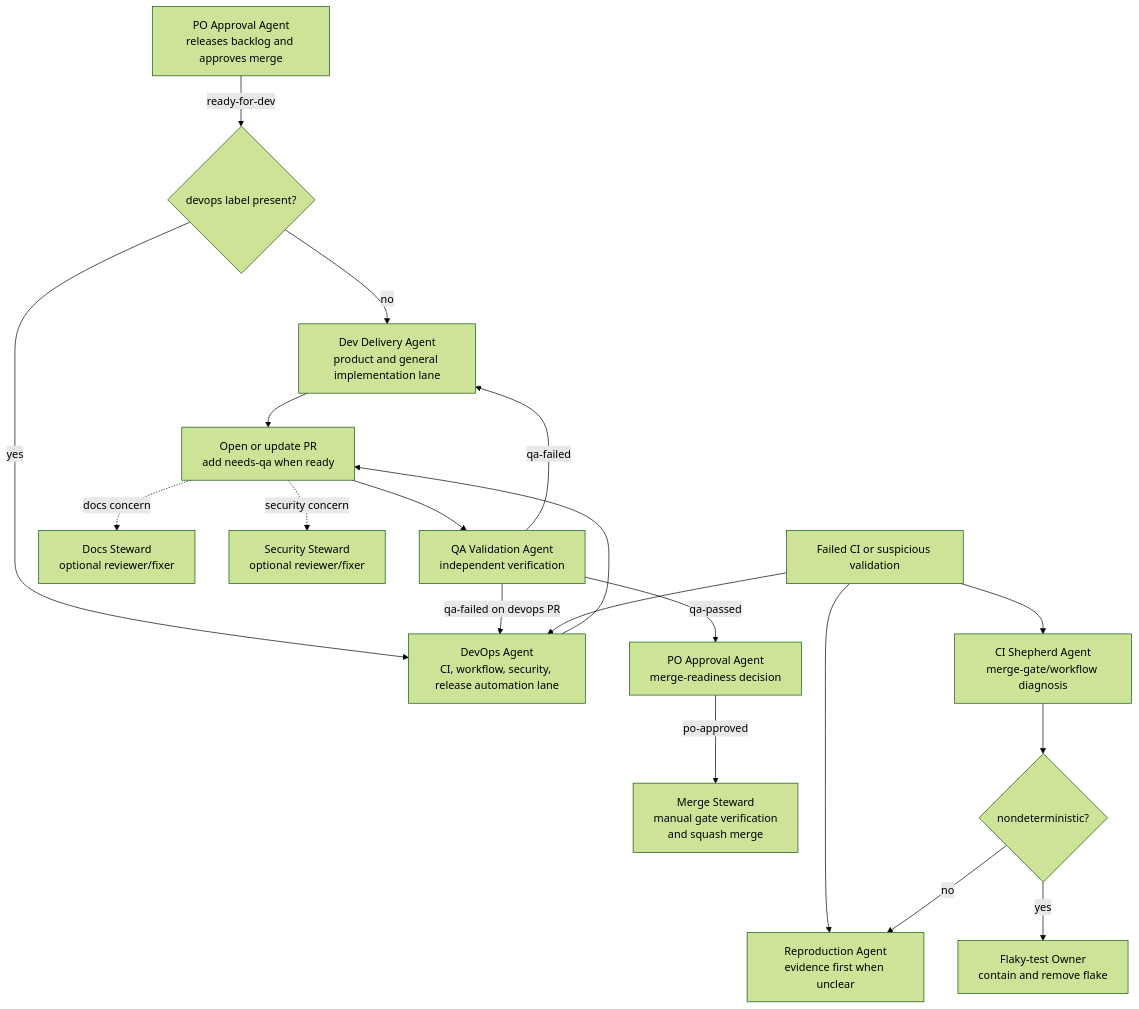
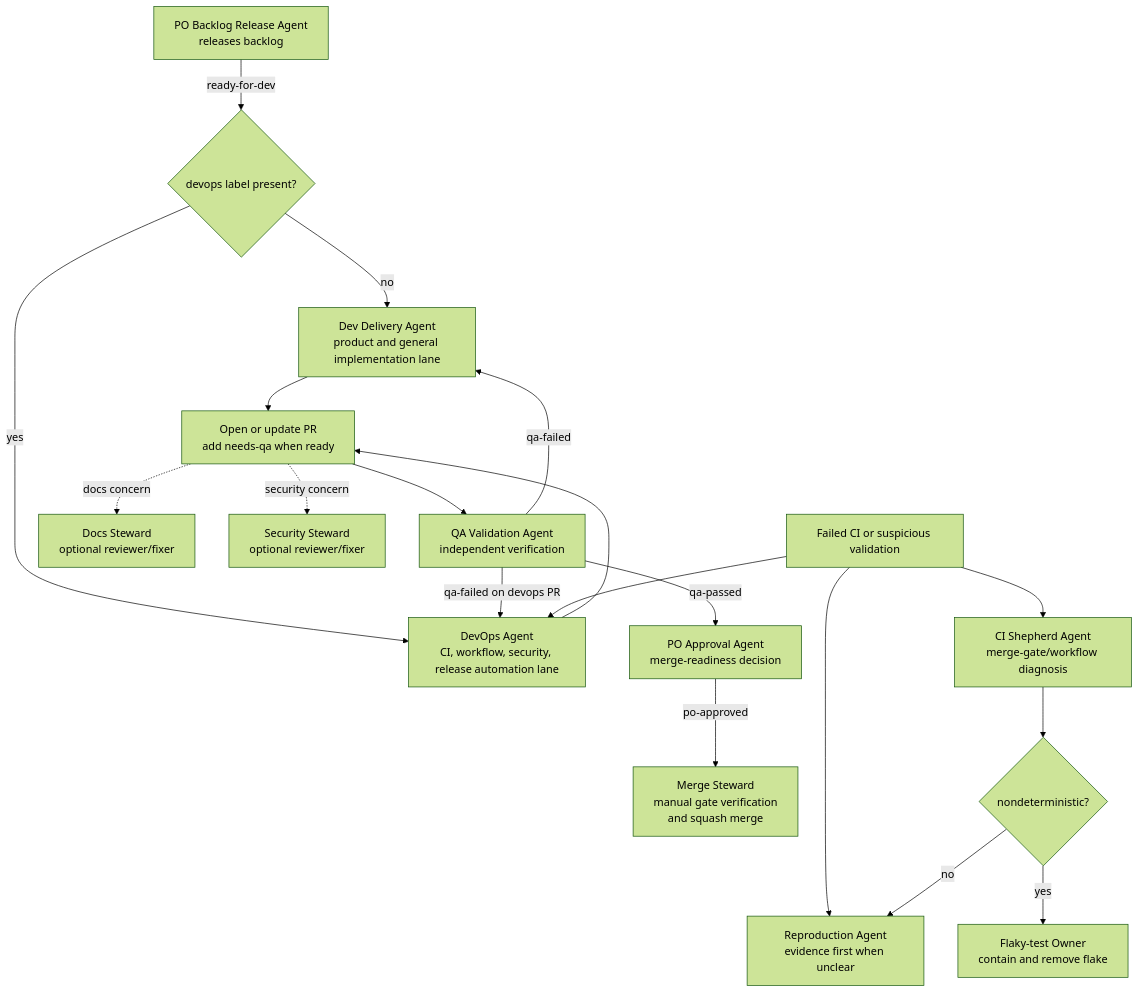
One commit to drousselhq/casgrain changed the second of 2 diagrams in docs/development/automation-agent-operations.md. Above: the diagram before and after it, drawn with Mermaid (forest theme). The commit also changed other lines of this file and 1 other file, not shown here.

````diff
--- a/docs/development/automation-agent-operations.md
+++ b/docs/development/automation-agent-operations.md
@@ -397,25 +398,25 @@
 ```mermaid
 flowchart TD
-    PO[PO Approval Agent\nreleases backlog and approves merge] -->|ready-for-dev| DEVSEL{devops label present?}
+    PO[PO Backlog Release Agent\nreleases backlog] -->|ready-for-dev| DEVSEL{devops label present?}
     DEVSEL -->|no| DEV[Dev Delivery Agent\nproduct and general implementation lane]
     DEVSEL -->|yes| DOPS[DevOps Agent\nCI, workflow, security, release automation lane]
 
     DEV --> PR[Open or update PR\nadd needs-qa when ready]
     DOPS --> PR
 
     PR --> QA[QA Validation Agent\nindependent verification]
     QA -->|qa-failed| DEV
     QA -->|qa-failed on devops PR| DOPS
     QA -->|qa-passed| PO2[PO Approval Agent\nmerge-readiness decision]
     PO2 -->|po-approved| MERGE[Merge Steward\nmanual gate verification\nand squash merge]
 
     PR -. docs concern .-> DOCS[Docs Steward\noptional reviewer/fixer]
     PR -. security concern .-> SEC[Security Steward\noptional reviewer/fixer]
 
     FAIL[Failed CI or suspicious validation] --> REPRO[Reproduction Agent\nevidence first when unclear]
     FAIL --> DOPS
     FAIL --> CI[CI Shepherd Agent\nmerge-gate/workflow diagnosis]
     CI --> FLAKE{nondeterministic?}
     FLAKE -->|yes| FLAKY[Flaky-test Owner\ncontain and remove flake]
     FLAKE -->|no| REPRO
 ```
````
